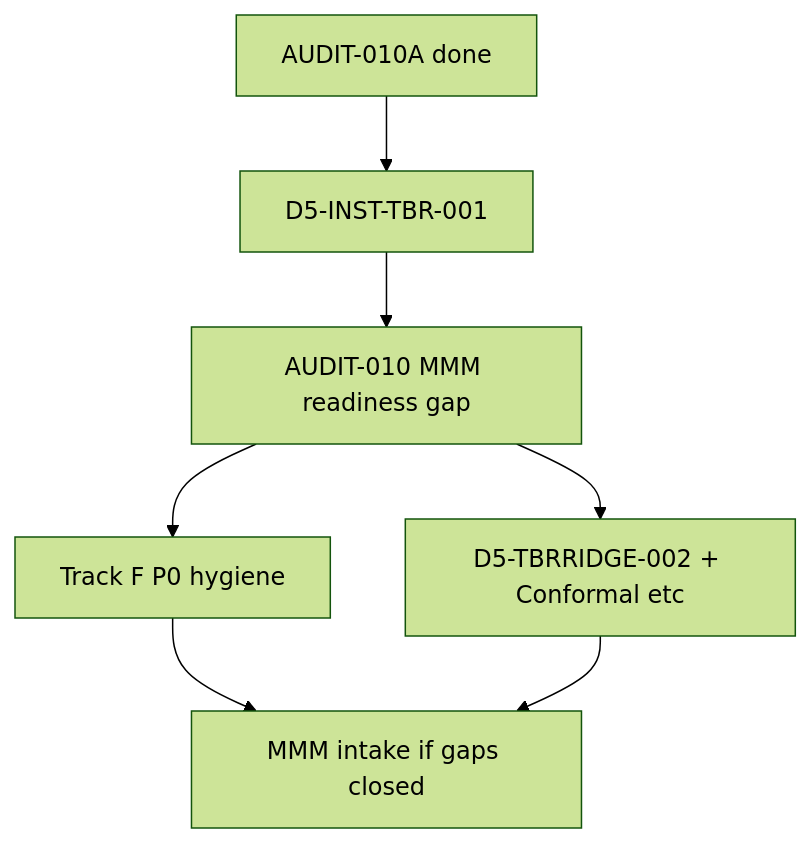
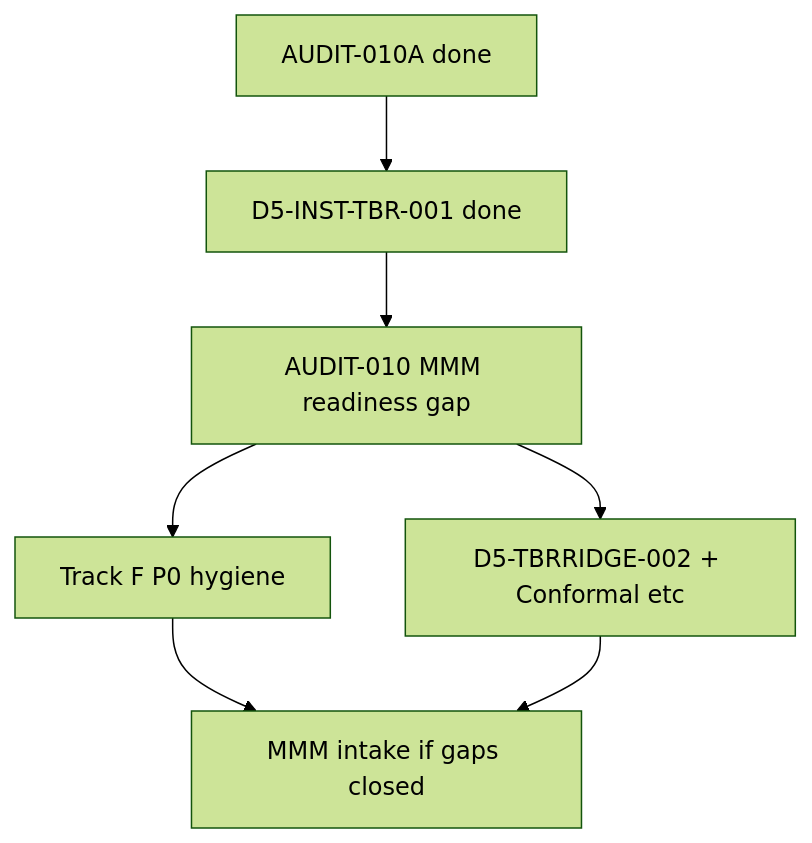
One commit to Phani-Pavuluri/panel_exp changed the second of 2 diagrams in docs/TRACK_F_ESTIMATOR_INFERENCE_COMPLETION_PLAN_001.md. Above: the diagram before and after it, drawn with Mermaid (forest theme). The commit also changed other lines of this file and 11 other files, not shown here.

First line of the commit message:
Add D5-INST-TBR-001 aggregate class TBR characterization

````diff
--- a/docs/TRACK_F_ESTIMATOR_INFERENCE_COMPLETION_PLAN_001.md
+++ b/docs/TRACK_F_ESTIMATOR_INFERENCE_COMPLETION_PLAN_001.md
@@ -318,16 +318,16 @@
 ```mermaid
 flowchart TD
-  TBR[D5-INST-TBR-001]
+  TBR[D5-INST-TBR-001 done]
   A10A[AUDIT-010A done]
   A10[AUDIT-010 MMM readiness gap]
   P0[Track F P0 hygiene]
   P2B[D5-TBRRIDGE-002 + Conformal etc]
   MMM[MMM intake if gaps closed]
 
   A10A --> TBR
   TBR --> A10
   A10 --> P0
   A10 --> P2B
   P0 --> MMM
   P2B --> MMM
 ```
````
